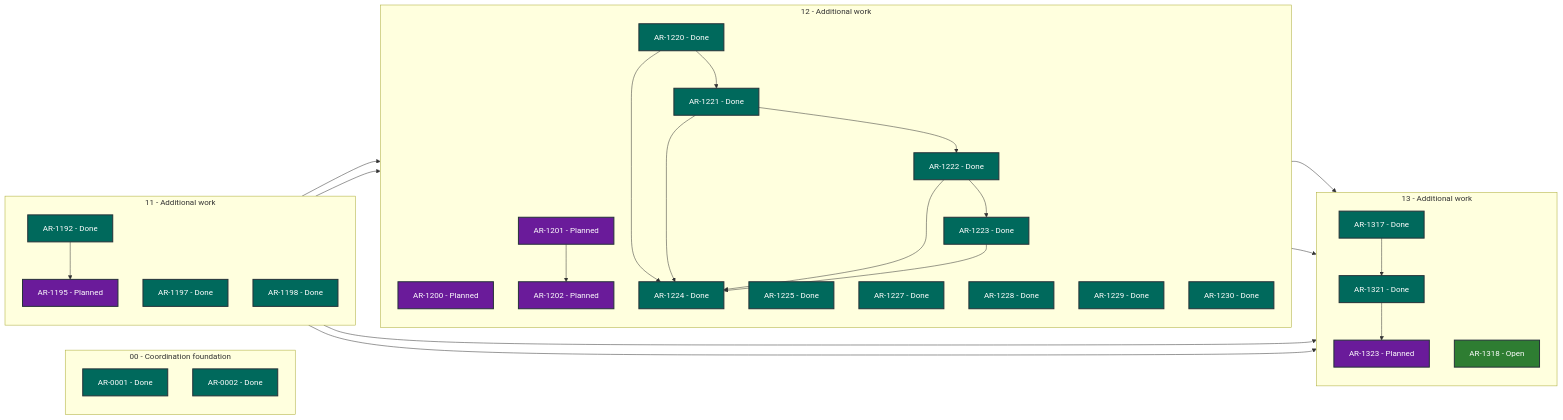
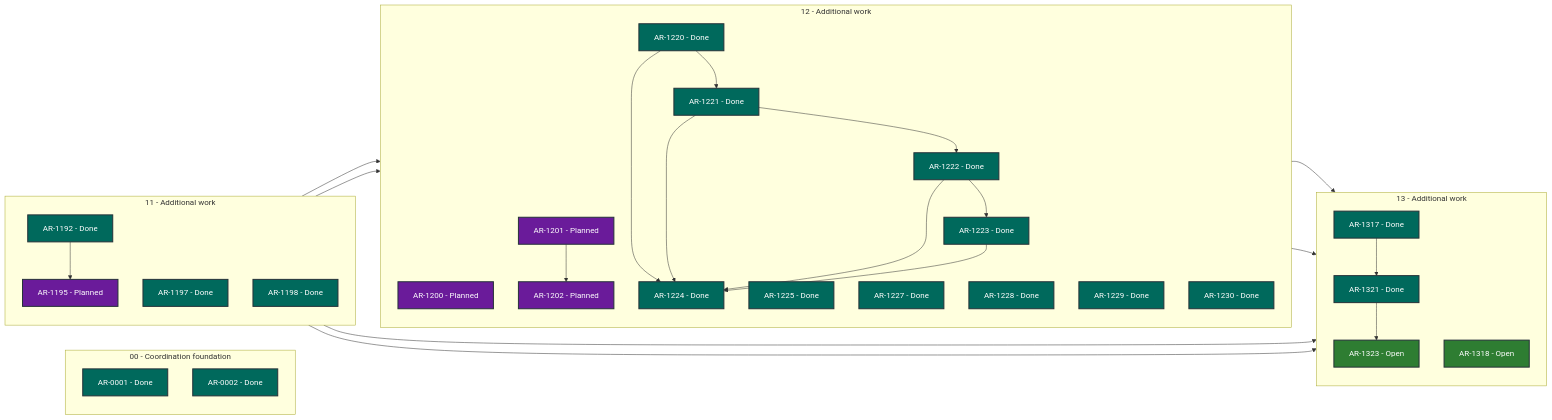
One commit to martin-beck/asb-tui-state changed the diagram in STATUS.md. Above: the diagram before and after it, drawn with Mermaid. The commit also changed other lines of this file and 2 other files, not shown here.

````diff
--- a/STATUS.md
+++ b/STATUS.md
@@ -27,63 +27,63 @@
 ```mermaid
 flowchart LR
     subgraph series_00["00 - Coordination foundation"]
         direction TB
         AR_0001["AR-0001 - Done"]:::status_done
         AR_0002["AR-0002 - Done"]:::status_done
     end
     subgraph series_11["11 - Additional work"]
         direction TB
         AR_1192["AR-1192 - Done"]:::status_done
         AR_1195["AR-1195 - Planned"]:::status_planned
         AR_1197["AR-1197 - Done"]:::status_done
         AR_1198["AR-1198 - Done"]:::status_done
     end
     subgraph series_12["12 - Additional work"]
         direction TB
         AR_1200["AR-1200 - Planned"]:::status_planned
         AR_1201["AR-1201 - Planned"]:::status_planned
         AR_1202["AR-1202 - Planned"]:::status_planned
         AR_1220["AR-1220 - Done"]:::status_done
         AR_1221["AR-1221 - Done"]:::status_done
         AR_1222["AR-1222 - Done"]:::status_done
         AR_1223["AR-1223 - Done"]:::status_done
         AR_1224["AR-1224 - Done"]:::status_done
         AR_1225["AR-1225 - Done"]:::status_done
         AR_1227["AR-1227 - Done"]:::status_done
         AR_1228["AR-1228 - Done"]:::status_done
         AR_1229["AR-1229 - Done"]:::status_done
         AR_1230["AR-1230 - Done"]:::status_done
     end
     subgraph series_13["13 - Additional work"]
         direction TB
         AR_1317["AR-1317 - Done"]:::status_done
         AR_1318["AR-1318 - Open"]:::status_open
         AR_1321["AR-1321 - Done"]:::status_done
-        AR_1323["AR-1323 - Planned"]:::status_planned
+        AR_1323["AR-1323 - Open"]:::status_open
     end
     AR_1192 --> AR_1195
     AR_1192 --> AR_1317
     AR_1195 --> AR_1200
     AR_1197 --> AR_1201
     AR_1197 --> AR_1317
     AR_1201 --> AR_1202
     AR_1220 --> AR_1221
     AR_1220 --> AR_1224
     AR_1221 --> AR_1222
     AR_1221 --> AR_1224
     AR_1222 --> AR_1223
     AR_1222 --> AR_1224
     AR_1223 --> AR_1224
     AR_1228 --> AR_1317
     AR_1229 --> AR_1317
     AR_1317 --> AR_1321
     AR_1321 --> AR_1323
     classDef status_in_progress fill:#1565c0,color:#ffffff,stroke:#263238,stroke-width:2px
     classDef status_open fill:#2e7d32,color:#ffffff,stroke:#263238,stroke-width:2px
     classDef status_blocked fill:#c62828,color:#ffffff,stroke:#263238,stroke-width:2px
     classDef status_planned fill:#6a1b9a,color:#ffffff,stroke:#263238,stroke-width:2px
     classDef status_future fill:#455a64,color:#ffffff,stroke:#263238,stroke-width:2px
     classDef status_done fill:#00695c,color:#ffffff,stroke:#263238,stroke-width:2px
     classDef status_cancelled fill:#616161,color:#ffffff,stroke:#263238,stroke-width:2px
     classDef status_superseded fill:#5d4037,color:#ffffff,stroke:#263238,stroke-width:2px
 ```
````
